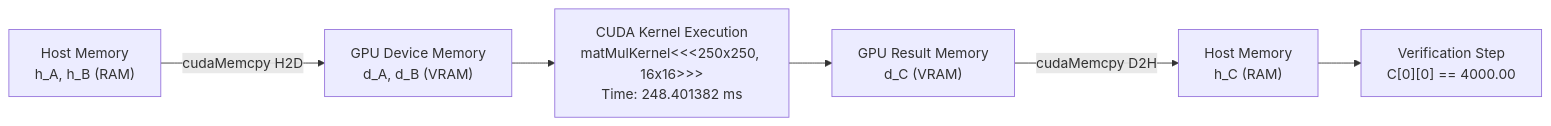
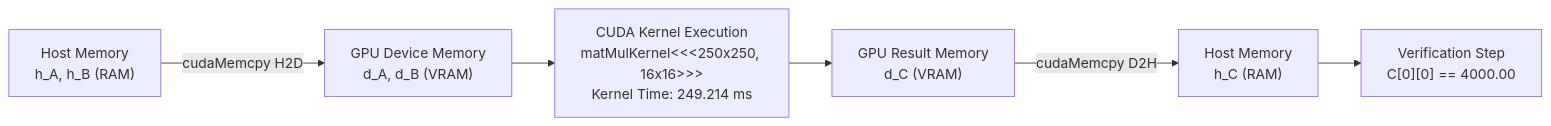
One commit to Arihant-57/Parallel-Matrix-Multiplication changed the sixth of 7 diagrams in README.md. Above: the diagram before and after it, drawn with Mermaid. The commit also changed other lines of this file, not shown here.

Commit message:
Finalize README documentation and CUDA results

````diff
--- a/README.md
+++ b/README.md
@@ -258,8 +258,8 @@
 ```mermaid
 flowchart LR
     A["Host Memory<br/>h_A, h_B (RAM)"] -->|cudaMemcpy H2D| B["GPU Device Memory<br/>d_A, d_B (VRAM)"]
-    B --> C["CUDA Kernel Execution<br/>matMulKernel<<<250x250, 16x16>>><br/>Time: 248.401382 ms"]
+    B --> C["CUDA Kernel Execution<br/>matMulKernel<<<250x250, 16x16>>><br/>Kernel Time: 249.214 ms"]
     C --> D["GPU Result Memory<br/>d_C (VRAM)"]
     D -->|cudaMemcpy D2H| E["Host Memory<br/>h_C (RAM)"]
     E --> F["Verification Step<br/>C[0][0] == 4000.00"]
 ```
````
